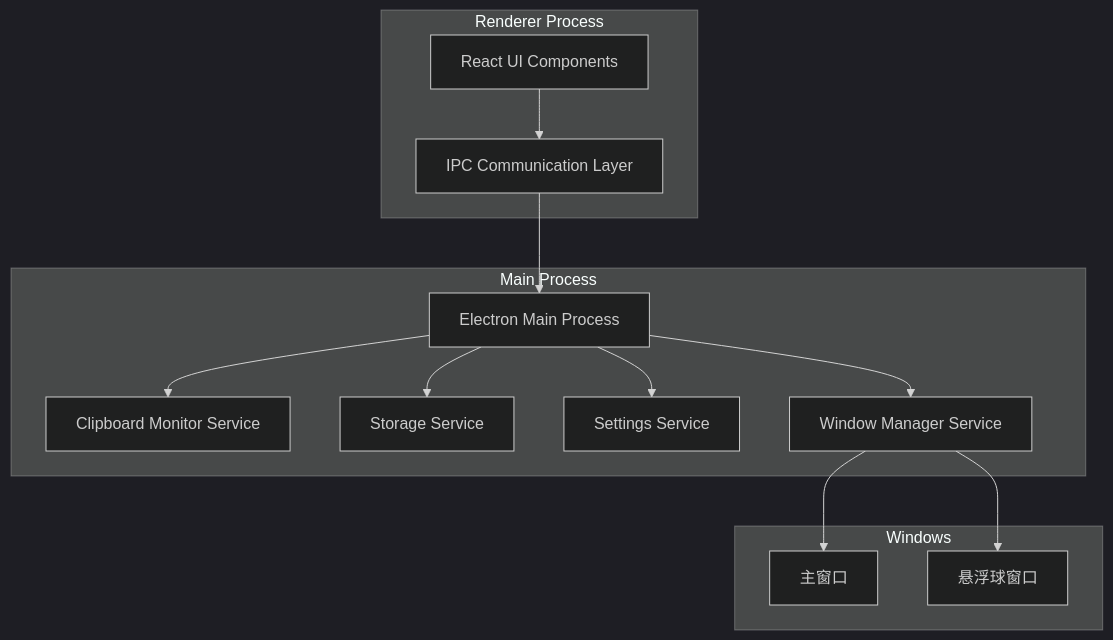
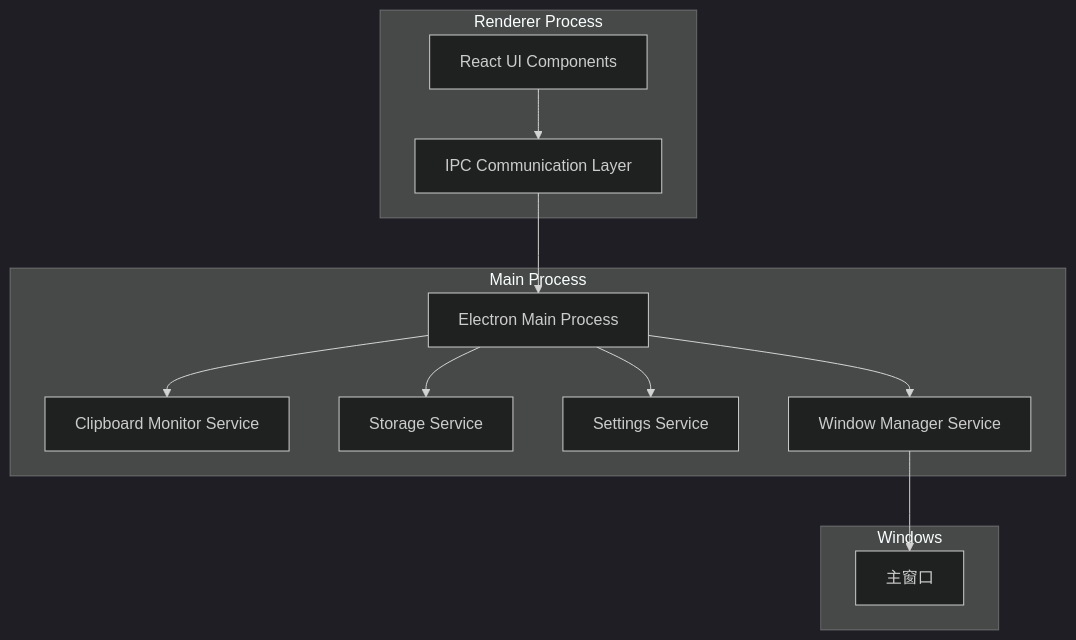
The second of 3 diagrams in .trae/documents/clipboard-viewer-architecture.md (Liu-xc/clipboard-viewer), drawn with Mermaid (dark theme) before and after one commit. The commit also changed other lines of this file and 20 other files, not shown here.

````diff
--- a/.trae/documents/clipboard-viewer-architecture.md
+++ b/.trae/documents/clipboard-viewer-architecture.md
@@ -132,29 +128,28 @@
 ```mermaid
 graph TD
   A[React UI Components] --> B[IPC Communication Layer]
   B --> C[Electron Main Process]
   C --> D[Clipboard Monitor Service]
   C --> E[Storage Service]
   C --> F[Settings Service]
   C --> G[Window Manager Service]
   G --> H[主窗口]
-  G --> I[悬浮球窗口]
+
   
   subgraph "Renderer Process"
     A
     B
   end
   
   subgraph "Main Process"
     C
     D
     E
     F
     G
   end
   
   subgraph "Windows"
     H
-    I
   end
 ```
````
